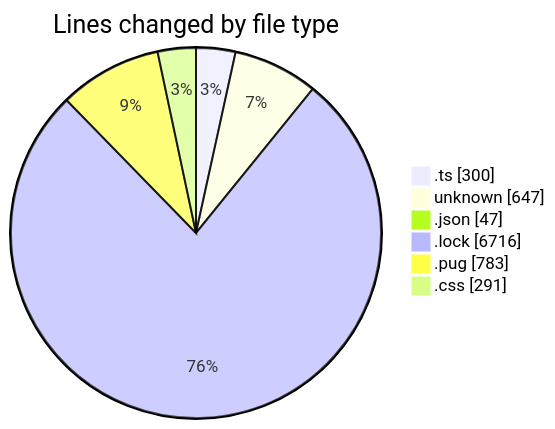
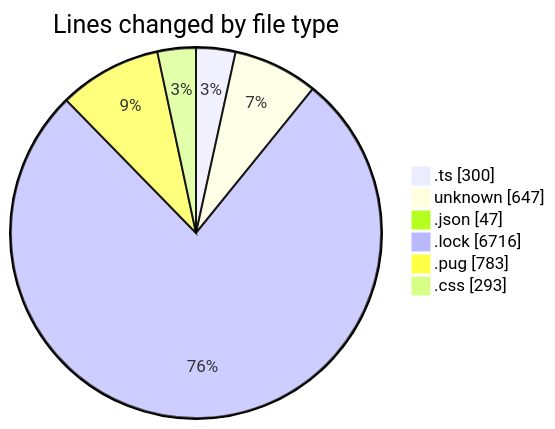
One commit to momahboobian/code-tracking changed the first of 2 diagrams in 2026-05-22/cda/README.md. Above: the diagram before and after it, drawn with Mermaid. The commit also changed other lines of this file and 1 other file, not shown here.

````diff
--- a/2026-05-22/cda/README.md
+++ b/2026-05-22/cda/README.md
@@ -30,10 +30,10 @@
 ```mermaid
 pie showData
 title Lines changed by file type
 ".ts" : 300
 "unknown" : 647
 ".json" : 47
 ".lock" : 6716
 ".pug" : 783
-".css" : 291
+".css" : 293
 ```
````
